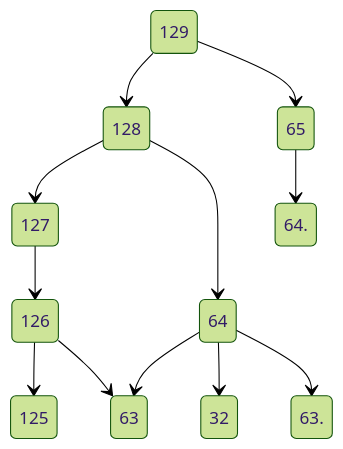
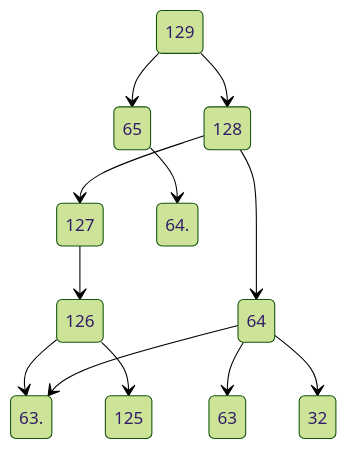
Before and after one commit to viktorshandrikov/repository-1: the diagram in 19.md, drawn with Mermaid (forest theme).

````diff
--- a/19.md
+++ b/19.md
@@ -1,14 +1,14 @@
 ```mermaid
 stateDiagram-v2
 129 --> 128
 129 --> 65
 128 --> 127
 128 --> 64
 65 --> 64.
 64 -->63 
 64 --> 32
 127-->126
+126 -->63.
 126 --> 125 
-126 --> 63
 64 --> 63.
 ```
````
